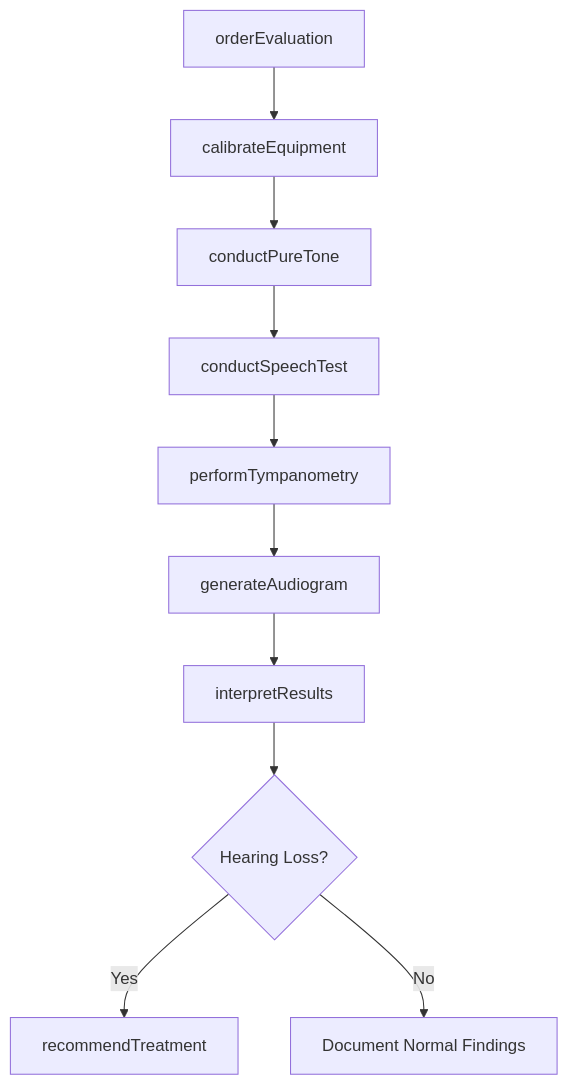
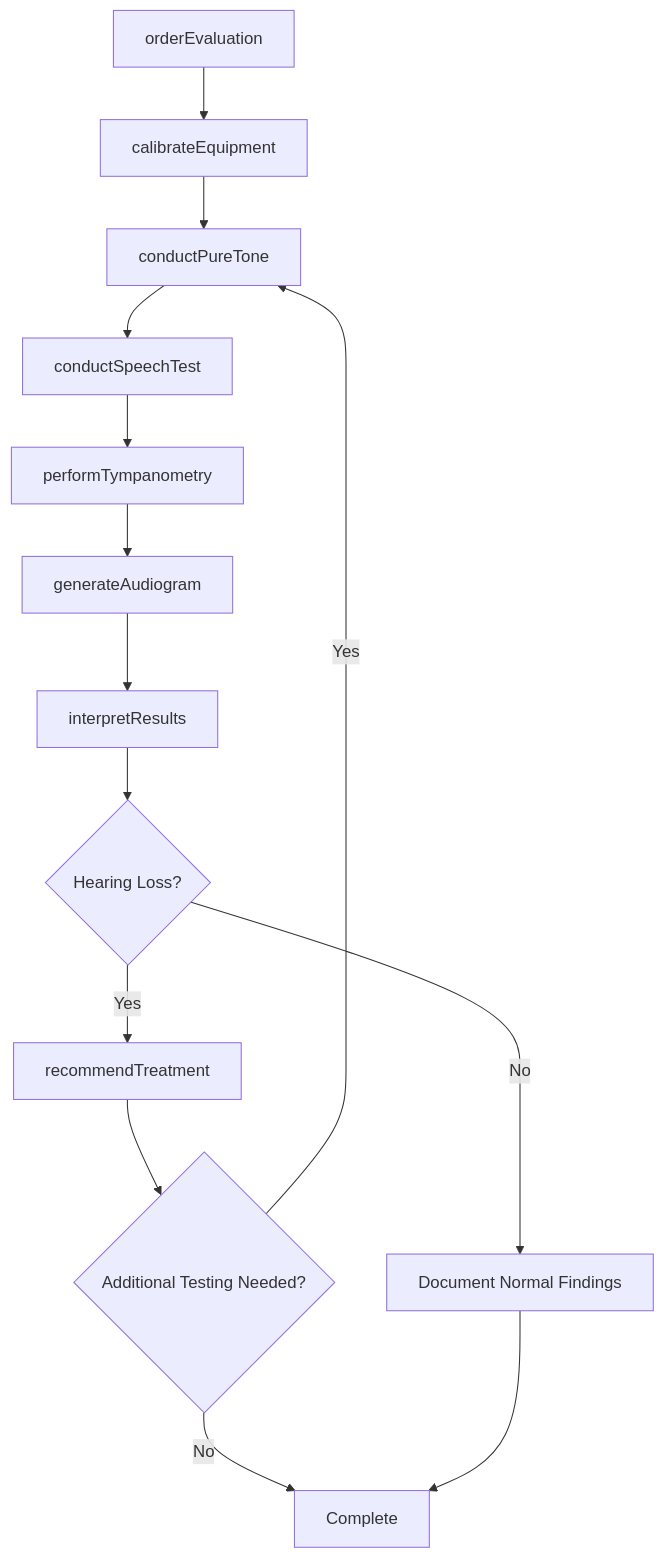
Before and after one commit to dot-org-ai/tasks.org.ai: the third of 4 diagrams in InspectingEquipmentStructuresOrMaterials/AdministerDiagnosticTestsToAssessPatientHealth/TestPatientHearing.mdx, drawn with Mermaid. The commit also changed other lines of this file and 504 other files, not shown here.

First line of the commit message:
feat: Add ER diagrams, state diagrams, and workflow improvements to 96 DWA task files

````diff
--- a/InspectingEquipmentStructuresOrMaterials/AdministerDiagnosticTestsToAssessPatientHealth/TestPatientHearing.mdx
+++ b/InspectingEquipmentStructuresOrMaterials/AdministerDiagnosticTestsToAssessPatientHealth/TestPatientHearing.mdx
@@ -92,12 +123,16 @@
 ```mermaid
 graph TD
     A[orderEvaluation] --> B[calibrateEquipment]
     B --> C[conductPureTone]
     C --> D[conductSpeechTest]
     D --> E[performTympanometry]
     E --> F[generateAudiogram]
     F --> G[interpretResults]
     G --> H{Hearing Loss?}
     H -->|Yes| I[recommendTreatment]
     H -->|No| J[Document Normal Findings]
+    I --> K{Additional Testing Needed?}
+    K -->|Yes| C
+    K -->|No| L[Complete]
+    J --> L
 ```
````
